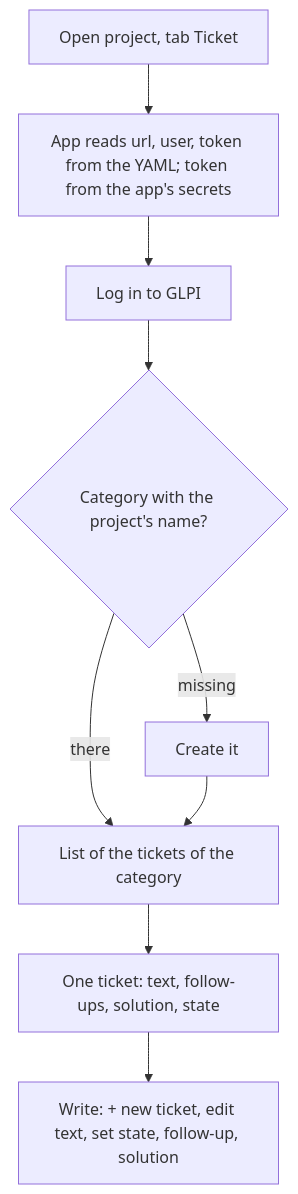
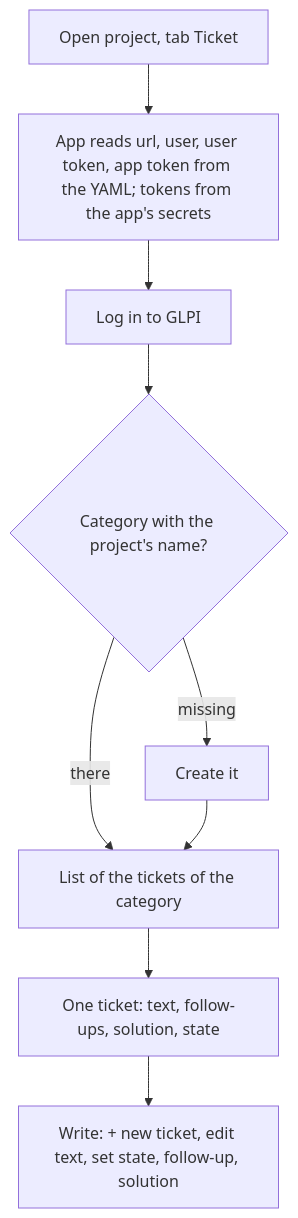
The diagram in docs/plans/TICKETSYSTEM.md (GFGMNET/Workspace), drawn with Mermaid before and after one commit. The commit also changed other lines of this file, not shown here.

First line of the commit message:
Ticketsystem plan: user token and app token in the YAML (from secrets)

````diff
--- a/docs/plans/TICKETSYSTEM.md
+++ b/docs/plans/TICKETSYSTEM.md
@@ -71,11 +71,11 @@
 ```mermaid
 flowchart TD
-  A[Open project, tab Ticket] --> B[App reads url, user, token from the YAML; token from the app's secrets]
+  A[Open project, tab Ticket] --> B[App reads url, user, user token, app token from the YAML; tokens from the app's secrets]
   B --> C[Log in to GLPI]
   C --> D{Category with the project's name?}
   D -->|missing| E[Create it]
   D -->|there| F[List of the tickets of the category]
   E --> F
   F --> G[One ticket: text, follow-ups, solution, state]
   G --> H[Write: + new ticket, edit text, set state, follow-up, solution]
 ```
````
